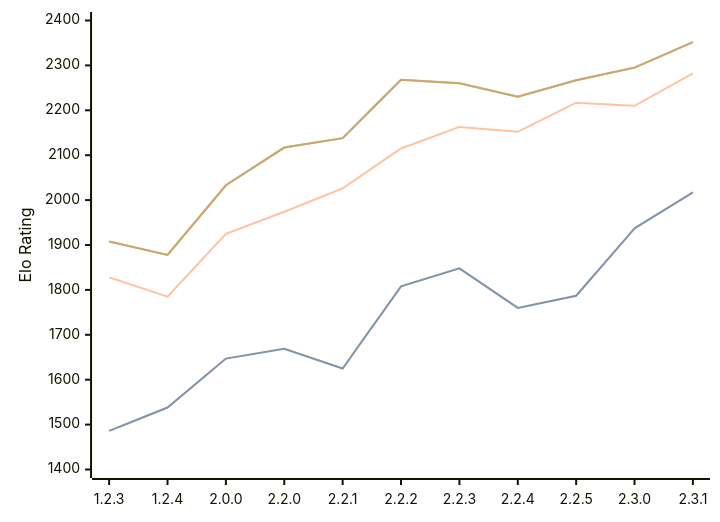
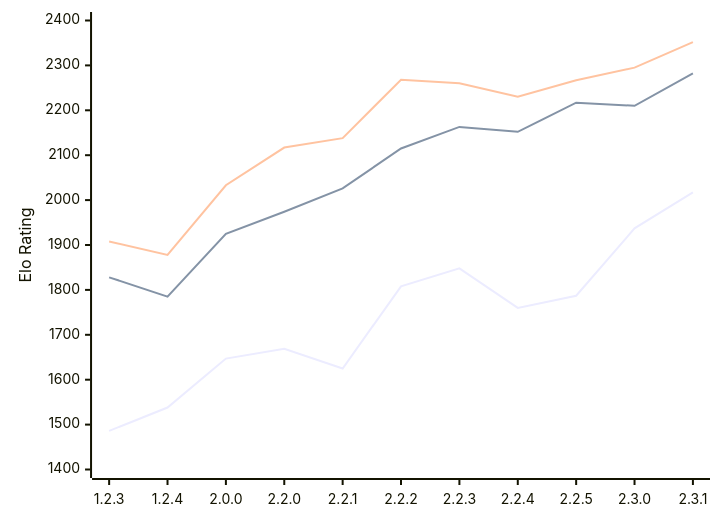
The first of 2 diagrams in engines/Kreveta.md (computer-chess-index/cci), drawn with Mermaid before and after one commit. The commit also changed other lines of this file, not shown here.

Commit message:
Update CCI Ratings (ELO VLTC) - 2026-05-17

````diff
--- a/engines/Kreveta.md
+++ b/engines/Kreveta.md
@@ -43,11 +43,8 @@
 ```mermaid
 xychart-beta
   x-axis ["1.2.3", "1.2.4", "2.0.0", "2.2.0", "2.2.1", "2.2.2", "2.2.3", "2.2.4", "2.2.5", "2.3.0", "2.3.1"]
   y-axis "Elo Rating" 1400 --> 2400
   line "① STC (8.0+0.08s)" [1486, 1538, 1647, 1669, 1625, 1808, 1848, 1760, 1787, 1937, 2017]
-  line "① STC (8.0+0.08s)" [1486, 1538, 1647, 1669, 1625, 1808, 1848, 1760, 1787, 1937, 2017]
   line "② LTC (60.0+0.60s)" [1828, 1785, 1925, 1974, 2026, 2115, 2163, 2152, 2217, 2210, 2282]
   line "③ VLTC (2m24s+1.12s)" [1908, 1878, 2033, 2117, 2138, 2268, 2260, 2230, 2267, 2295, 2352]
-  line "③ VLTC (2m24s+1.12s)" [1908, 1878, 2033, 2117, 2138, 2268, 2260, 2230, 2267, 2295, 2352]
-  line "③ VLTC (2m24s+1.12s)" [1908, 1878, 2033, 2117, 2138, 2268, 2260, 2230, 2267, 2295, 2352]
 ```
````
